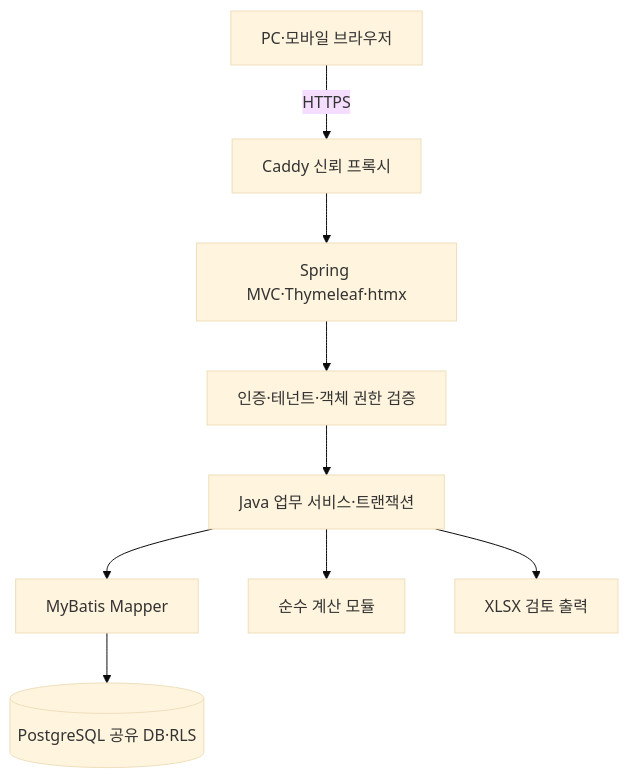
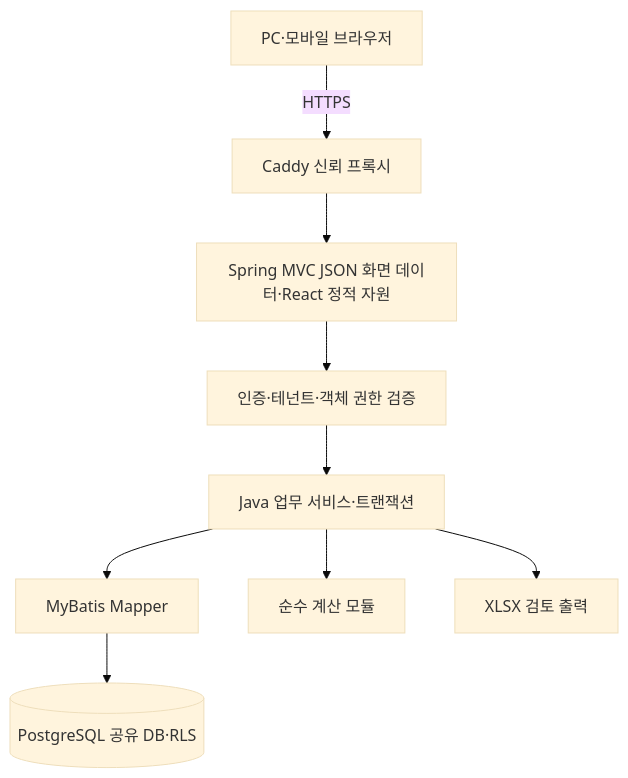
Before and after one commit to inhaaa/vibe-worklog: the diagram in docs/design/architecture.md, drawn with Mermaid (base theme). The commit also changed other lines of this file and 28 other files, not shown here.

````diff
--- a/docs/design/architecture.md
+++ b/docs/design/architecture.md
@@ -23,11 +25,11 @@
 ```mermaid
 flowchart TB
     B[PC·모바일 브라우저] -->|HTTPS| P[Caddy 신뢰 프록시]
-    P --> W[Spring MVC·Thymeleaf·htmx]
+    P --> W[Spring MVC JSON 화면 데이터·React 정적 자원]
     W --> A[인증·테넌트·객체 권한 검증]
     A --> S[Java 업무 서비스·트랜잭션]
     S --> M[MyBatis Mapper]
     M --> D[(PostgreSQL 공유 DB·RLS)]
     S --> C[순수 계산 모듈]
     S --> X[XLSX 검토 출력]
 ```
````
